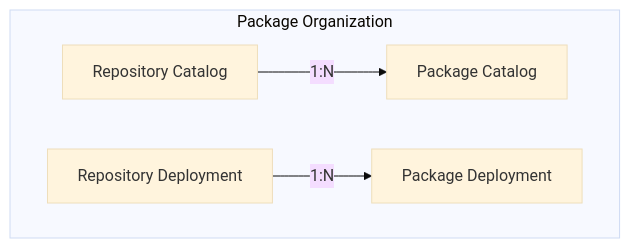
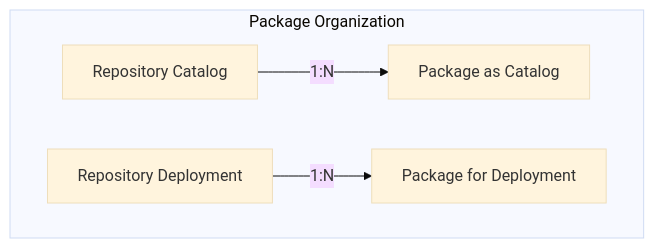
The diagram in docs/02-concepts/01_about.md (pkgserver-dev/docs), drawn with Mermaid (base theme) before and after one commit. The commit also changed other lines of this file and 17 other files, not shown here.

````diff
--- a/docs/02-concepts/01_about.md
+++ b/docs/02-concepts/01_about.md
@@ -11,11 +11,11 @@
 ```mermaid
 graph TD;
     subgraph "Package Organization"
         RepositoryC[Repository Catalog];
         RepositoryD[Repository Deployment];
-        PackageC[Package Catalog];
-        PackageD[Package Deployment];
+        PackageC[Package as Catalog];
+        PackageD[Package for Deployment];
         RepositoryC --> |1:N| PackageC;
         RepositoryD --> |1:N| PackageD;
     end
 ```
````
